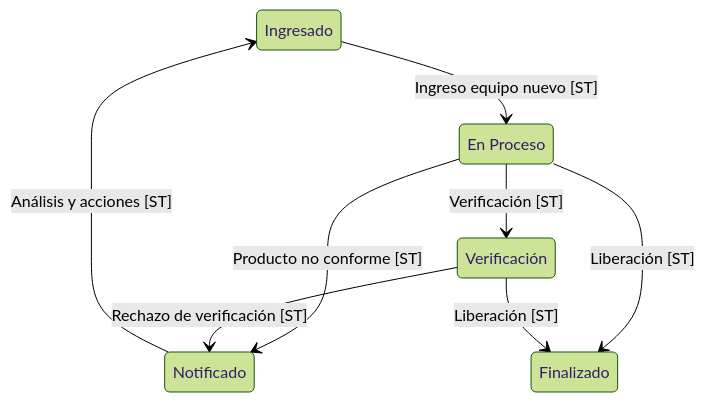
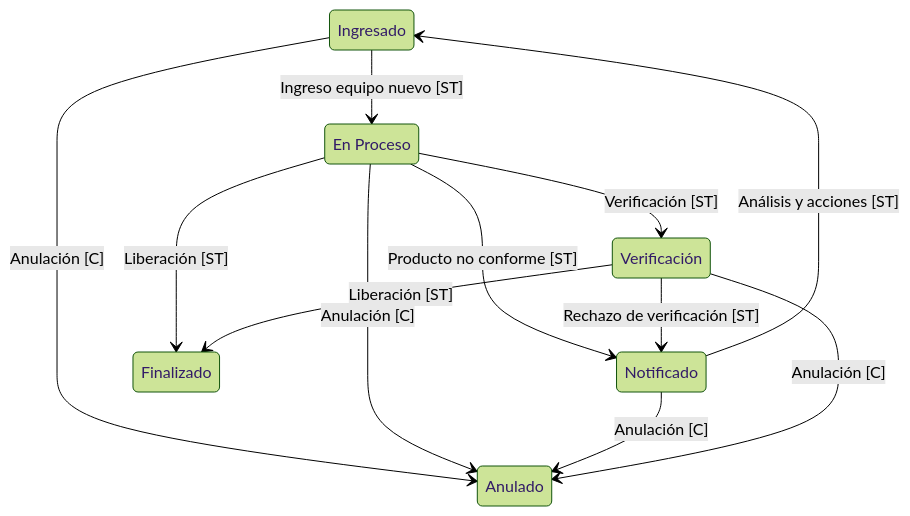
One commit to Algarpibe/ambientalia-desk changed the diagram in docs/artefactos/blueprint-equipo-nuevo.md. Above: the diagram before and after it, drawn with Mermaid (forest theme). The commit also changed 39 other files, not shown here.

````diff
--- a/docs/artefactos/blueprint-equipo-nuevo.md
+++ b/docs/artefactos/blueprint-equipo-nuevo.md
@@ -9,15 +9,20 @@
 ```mermaid
 stateDiagram-v2
     state "Ingresado" as e01
     state "En Proceso" as e02
     state "Notificado" as e03
     state "Verificación" as e04
     state "Finalizado" as e05
+    state "Anulado" as e06
     e01 --> e02 : Ingreso equipo nuevo [ST]
     e02 --> e03 : Producto no conforme [ST]
     e03 --> e01 : Análisis y acciones [ST]
     e02 --> e04 : Verificación [ST]
     e02 --> e05 : Liberación [ST]
     e04 --> e05 : Liberación [ST]
     e04 --> e03 : Rechazo de verificación [ST]
+    e01 --> e06 : Anulación [C]
+    e02 --> e06 : Anulación [C]
+    e03 --> e06 : Anulación [C]
+    e04 --> e06 : Anulación [C]
 ```
````
